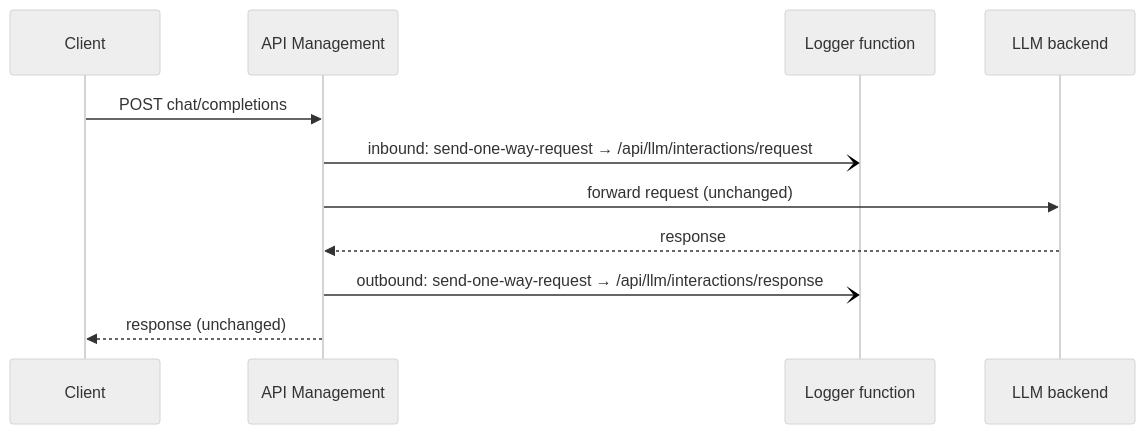
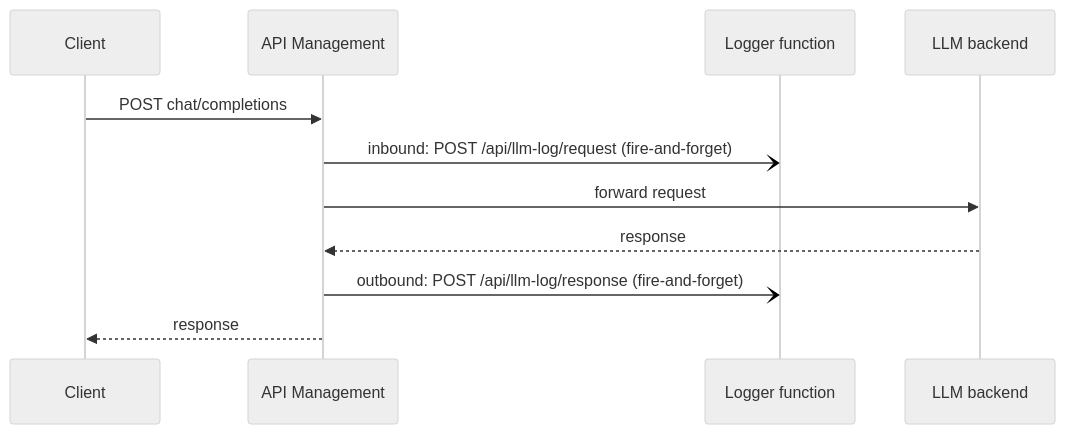
Before and after one commit to romerve/MS-Azurenaut: the diagram in functions/llm-interaction-logger/README.md, drawn with Mermaid (neutral theme). The commit also changed other lines of this file and 28 other files, not shown here.

````diff
--- a/functions/llm-interaction-logger/README.md
+++ b/functions/llm-interaction-logger/README.md
@@ -195,13 +11,13 @@
 ```mermaid
 sequenceDiagram
     participant C as Client
     participant A as API Management
     participant F as Logger function
     participant L as LLM backend
     C->>A: POST chat/completions
-    A-)F: inbound: send-one-way-request → /api/llm/interactions/request
-    A->>L: forward request (unchanged)
+    A-)F: inbound: POST /api/llm-log/request (fire-and-forget)
+    A->>L: forward request
     L-->>A: response
-    A-)F: outbound: send-one-way-request → /api/llm/interactions/response
-    A-->>C: response (unchanged)
+    A-)F: outbound: POST /api/llm-log/response (fire-and-forget)
+    A-->>C: response
 ```
````
